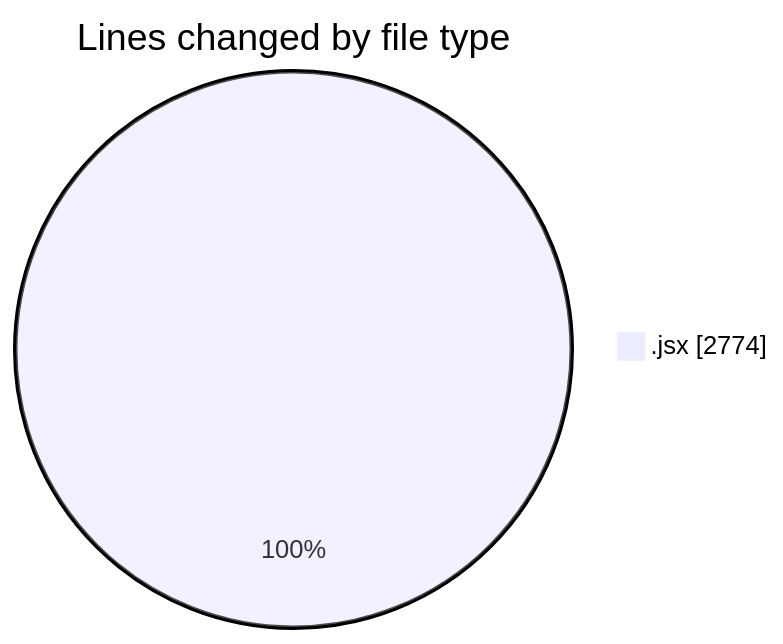
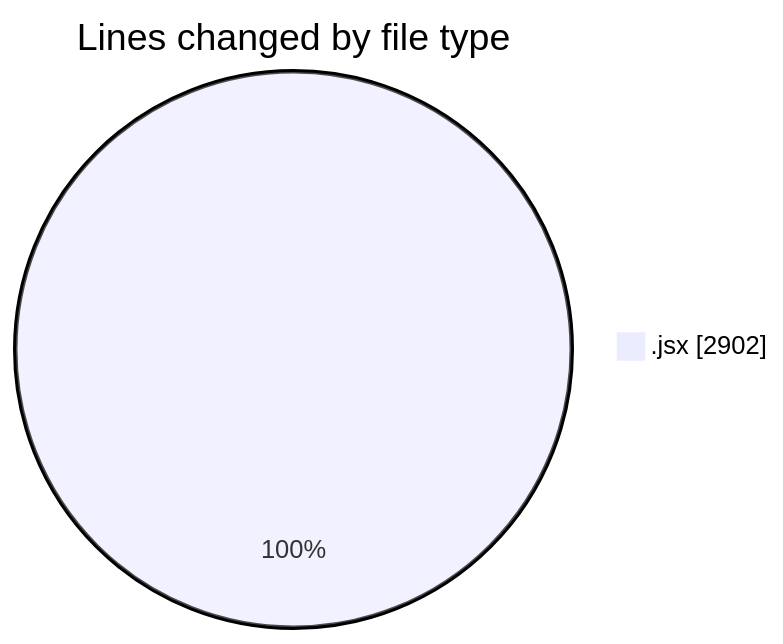
The first of 2 diagrams in 2025-05-23/nxtqube_webapp/README.md (nxtqubesakshisongat/code-tracking), drawn with Mermaid before and after one commit. The commit also changed other lines of this file and 1 other file, not shown here.

````diff
--- a/2025-05-23/nxtqube_webapp/README.md
+++ b/2025-05-23/nxtqube_webapp/README.md
@@ -21,5 +21,5 @@
 ```mermaid
 pie showData
 title Lines changed by file type
-".jsx" : 2774
+".jsx" : 2902
 ```
````
